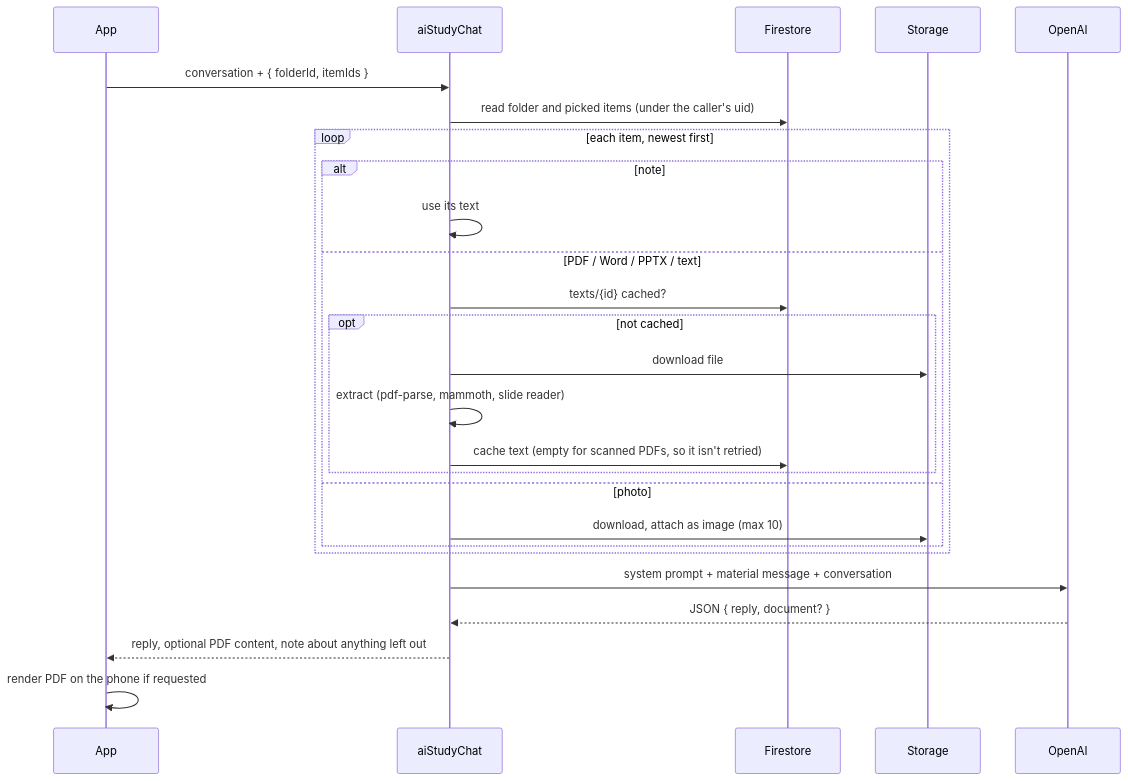
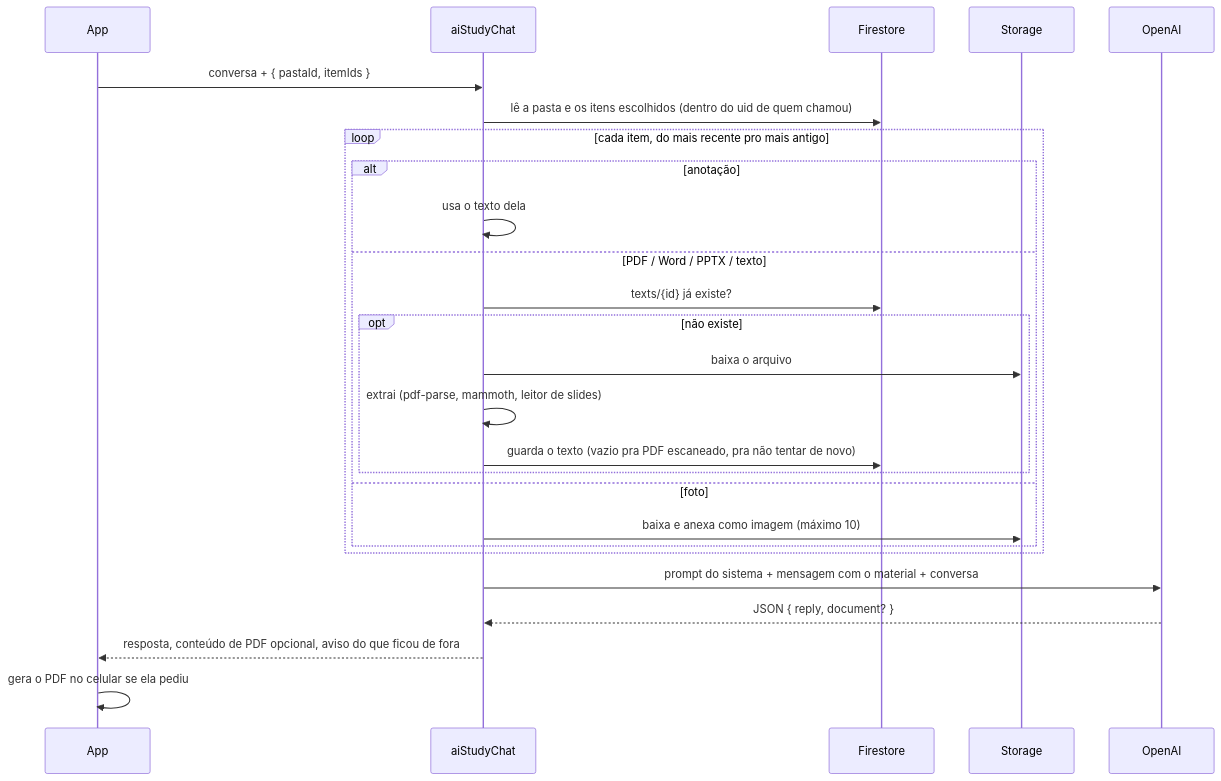
The third of 3 diagrams in docs/architecture.md (darkslipx/behappier-showcase), drawn with Mermaid before and after one commit. The commit also changed other lines of this file and 1 other file, not shown here.

````diff
--- a/docs/architecture.md
+++ b/docs/architecture.md
@@ -62,28 +62,28 @@
 ```mermaid
 sequenceDiagram
   participant A as App
   participant C as aiStudyChat
   participant F as Firestore
   participant S as Storage
   participant O as OpenAI
-  A->>C: conversation + { folderId, itemIds }
-  C->>F: read folder and picked items (under the caller's uid)
-  loop each item, newest first
-    alt note
-      C->>C: use its text
-    else PDF / Word / PPTX / text
-      C->>F: texts/{id} cached?
-      opt not cached
-        C->>S: download file
-        C->>C: extract (pdf-parse, mammoth, slide reader)
-        C->>F: cache text (empty for scanned PDFs, so it isn't retried)
+  A->>C: conversa + { pastaId, itemIds }
+  C->>F: lê a pasta e os itens escolhidos (dentro do uid de quem chamou)
+  loop cada item, do mais recente pro mais antigo
+    alt anotação
+      C->>C: usa o texto dela
+    else PDF / Word / PPTX / texto
+      C->>F: texts/{id} já existe?
+      opt não existe
+        C->>S: baixa o arquivo
+        C->>C: extrai (pdf-parse, mammoth, leitor de slides)
+        C->>F: guarda o texto (vazio pra PDF escaneado, pra não tentar de novo)
       end
-    else photo
-      C->>S: download, attach as image (max 10)
+    else foto
+      C->>S: baixa e anexa como imagem (máximo 10)
     end
   end
-  C->>O: system prompt + material message + conversation
+  C->>O: prompt do sistema + mensagem com o material + conversa
   O-->>C: JSON { reply, document? }
-  C-->>A: reply, optional PDF content, note about anything left out
-  A->>A: render PDF on the phone if requested
+  C-->>A: resposta, conteúdo de PDF opcional, aviso do que ficou de fora
+  A->>A: gera o PDF no celular se ela pediu
 ```
````
